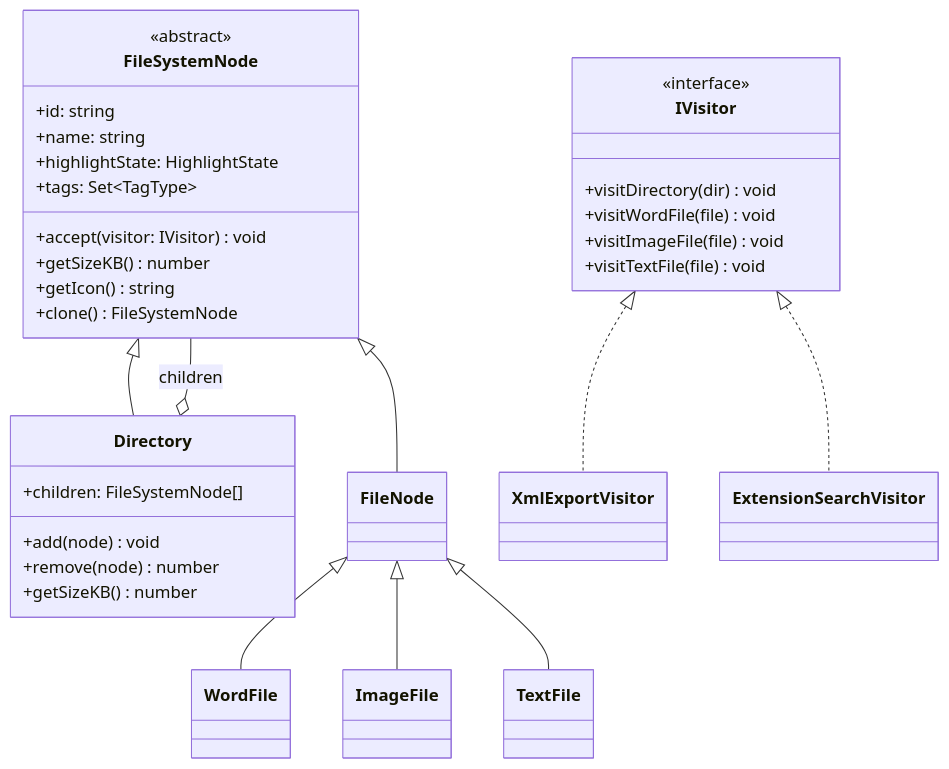
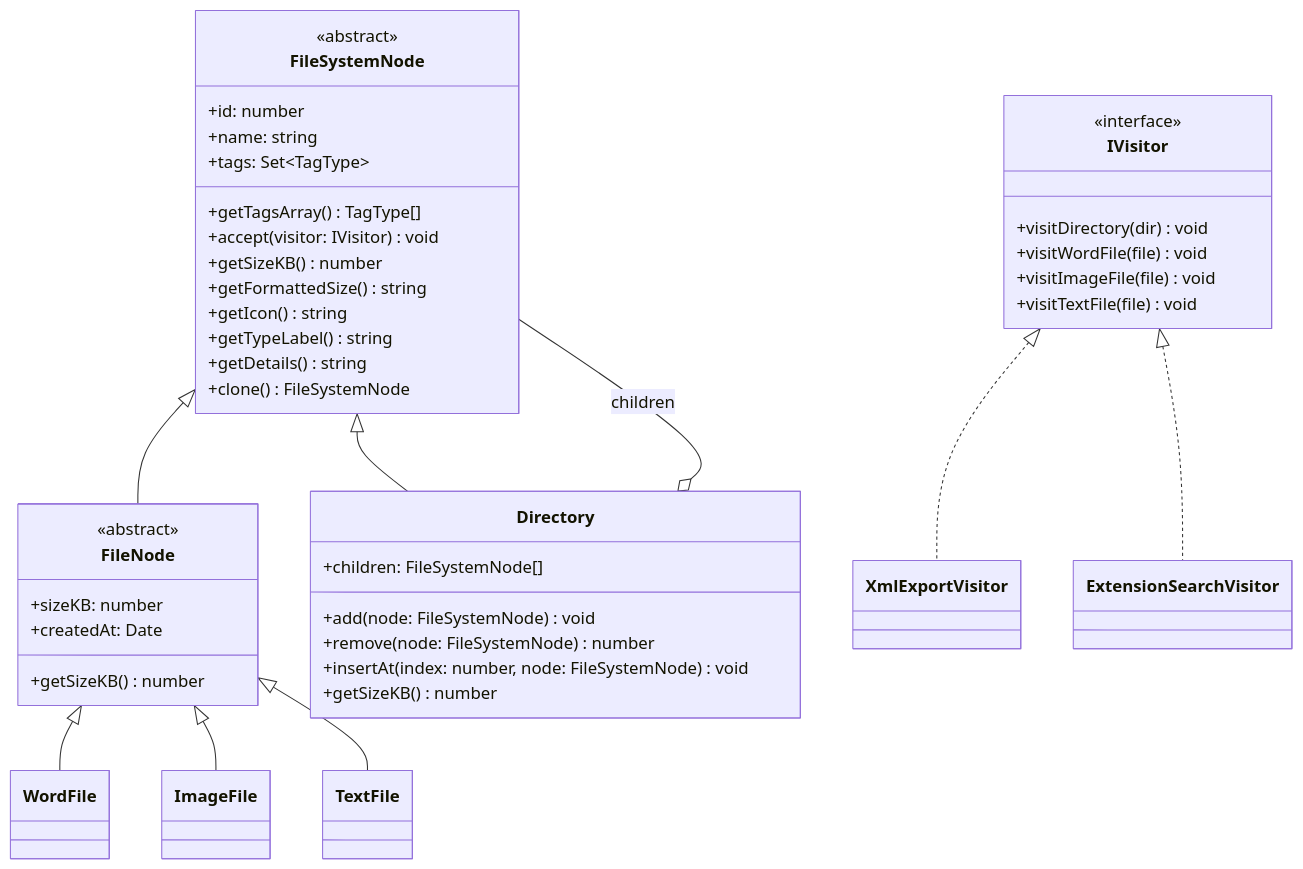
One commit to Sean11133/XD changed the first of 8 diagrams in README.md. Above: the diagram before and after it, drawn with Mermaid. The commit also changed other lines of this file and 2 other files, not shown here.

Commit message:
docs: align diagrams and redesign ER schema for extensible file types

````diff
--- a/README.md
+++ b/README.md
@@ -420,40 +446,51 @@
 ```mermaid
 classDiagram
     direction TB
 
     class FileSystemNode {
         <<abstract>>
-        +id: string
+    +id: number
         +name: string
-        +highlightState: HighlightState
         +tags: Set~TagType~
+    +getTagsArray() TagType[]
         +accept(visitor: IVisitor) void
         +getSizeKB() number
+    +getFormattedSize() string
         +getIcon() string
+    +getTypeLabel() string
+    +getDetails() string
         +clone() FileSystemNode
     }
 
+  class FileNode {
+    <<abstract>>
+    +sizeKB: number
+    +createdAt: Date
+    +getSizeKB() number
+  }
+
     class Directory {
         +children: FileSystemNode[]
-        +add(node) void
-        +remove(node) number
+    +add(node: FileSystemNode) void
+    +remove(node: FileSystemNode) number
+    +insertAt(index: number, node: FileSystemNode) void
         +getSizeKB() number
     }
 
     class IVisitor {
         <<interface>>
         +visitDirectory(dir) void
         +visitWordFile(file) void
         +visitImageFile(file) void
         +visitTextFile(file) void
     }
 
     FileSystemNode <|-- Directory
     FileSystemNode <|-- FileNode
     FileNode <|-- WordFile
     FileNode <|-- ImageFile
     FileNode <|-- TextFile
     Directory o-- FileSystemNode : children
     IVisitor <|.. XmlExportVisitor
     IVisitor <|.. ExtensionSearchVisitor
 ```
````
